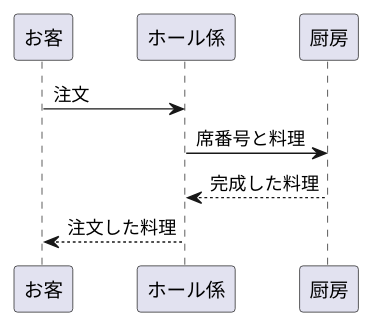
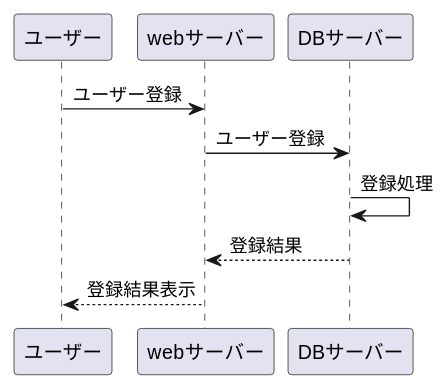
The diagram in kadai8.md (Aso2001165/2021sys-design-3), drawn with PlantUML before and after one commit.

````diff
--- a/kadai8.md
+++ b/kadai8.md
@@ -1,8 +1,9 @@
 ```uml
 @startuml
-お客 -> ホール係: 注文
-ホール係 -> 厨房: 席番号と料理
-厨房 --> ホール係: 完成した料理
-ホール係 --> お客: 注文した料理
+ユーザー -> webサーバー: ユーザー登録
+webサーバー -> DBサーバー: ユーザー登録
+DBサーバー -> DBサーバー: 登録処理
+DBサーバー --> webサーバー: 登録結果
+webサーバー --> ユーザー: 登録結果表示
 @enduml
 ```
````
